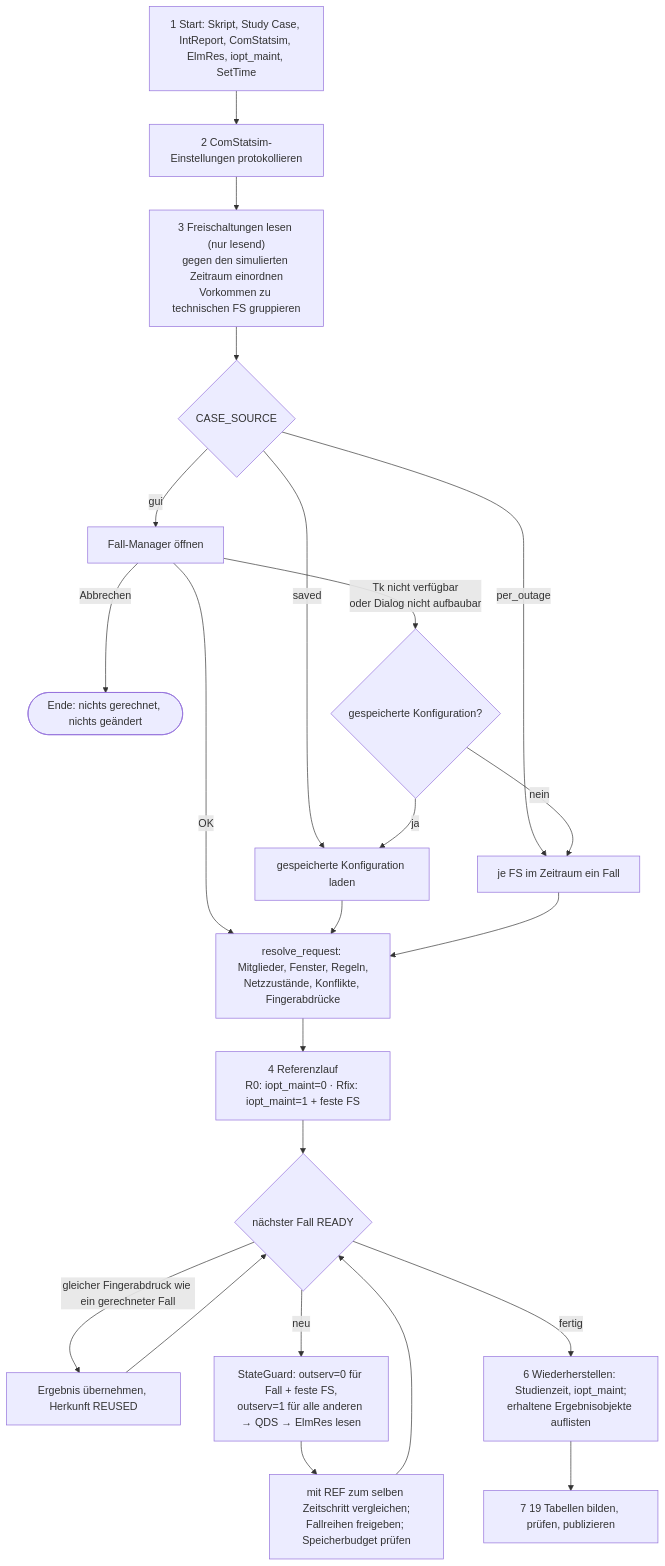
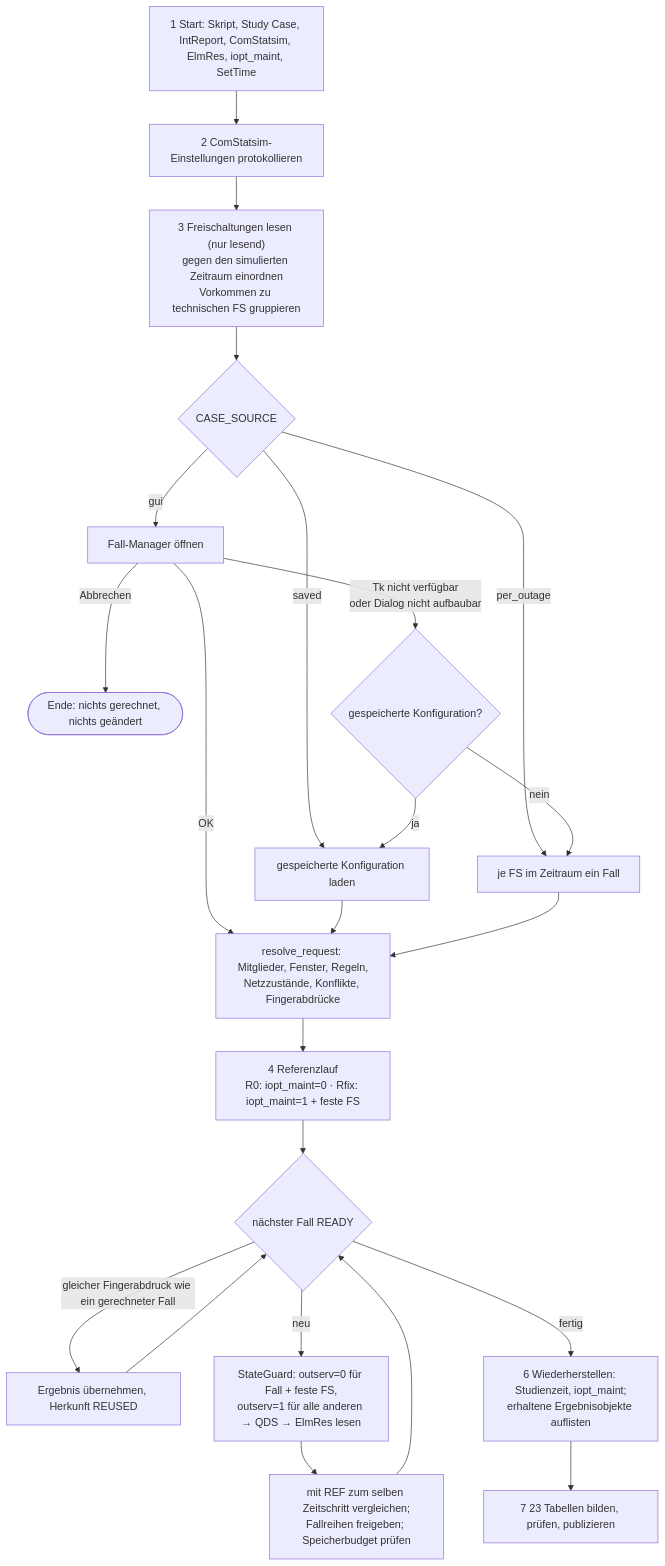
The second of 8 diagrams in docs/de/ARCHITEKTUR.md (hadiibrahim-Engin/GridLensAssessment), drawn with Mermaid before and after one commit. The commit also changed other lines of this file and 64 other files, not shown here.

````diff
--- a/docs/de/ARCHITEKTUR.md
+++ b/docs/de/ARCHITEKTUR.md
@@ -156,25 +156,25 @@
 ```mermaid
 flowchart TD
     S1["1 Start: Skript, Study Case, IntReport, ComStatsim, ElmRes, iopt_maint, SetTime"] --> S2["2 ComStatsim-Einstellungen protokollieren"]
     S2 --> S3["3 Freischaltungen lesen (nur lesend)<br/>gegen den simulierten Zeitraum einordnen<br/>Vorkommen zu technischen FS gruppieren"]
     S3 --> SRC{"CASE_SOURCE"}
     SRC -- per_outage --> PO["je FS im Zeitraum ein Fall"]
     SRC -- saved --> SV["gespeicherte Konfiguration laden"]
     SRC -- gui --> G["Fall-Manager öffnen"]
     G -- Abbrechen --> X(["Ende: nichts gerechnet, nichts geändert"])
     G -- "Tk nicht verfügbar<br/>oder Dialog nicht aufbaubar" --> FB{"gespeicherte Konfiguration?"}
     FB -- ja --> SV
     FB -- nein --> PO
     G -- OK --> RQ
     SV --> RQ
     PO --> RQ["resolve_request: Mitglieder, Fenster, Regeln,<br/>Netzzustände, Konflikte, Fingerabdrücke"]
     RQ --> S4["4 Referenzlauf<br/>R0: iopt_maint=0 · Rfix: iopt_maint=1 + feste FS"]
     S4 --> LOOP{"nächster Fall READY"}
     LOOP -- "gleicher Fingerabdruck wie ein gerechneter Fall" --> REUSE["Ergebnis übernehmen, Herkunft REUSED"]
     LOOP -- neu --> RUN["StateGuard: outserv=0 für Fall + feste FS,<br/>outserv=1 für alle anderen → QDS → ElmRes lesen"]
     RUN --> CMP["mit REF zum selben Zeitschritt vergleichen;<br/>Fallreihen freigeben; Speicherbudget prüfen"]
     CMP --> LOOP
     REUSE --> LOOP
     LOOP -- fertig --> S6["6 Wiederherstellen: Studienzeit, iopt_maint;<br/>erhaltene Ergebnisobjekte auflisten"]
-    S6 --> S7["7 19 Tabellen bilden, prüfen, publizieren"]
+    S6 --> S7["7 23 Tabellen bilden, prüfen, publizieren"]
 ```
````
